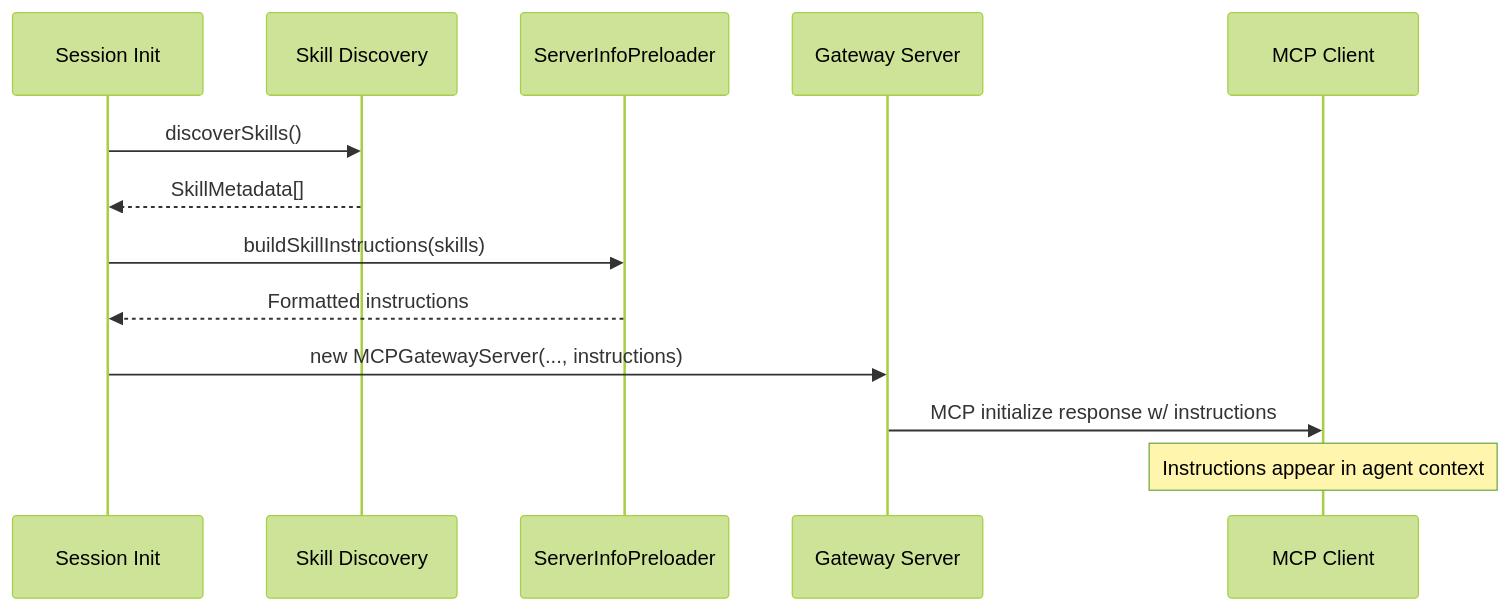
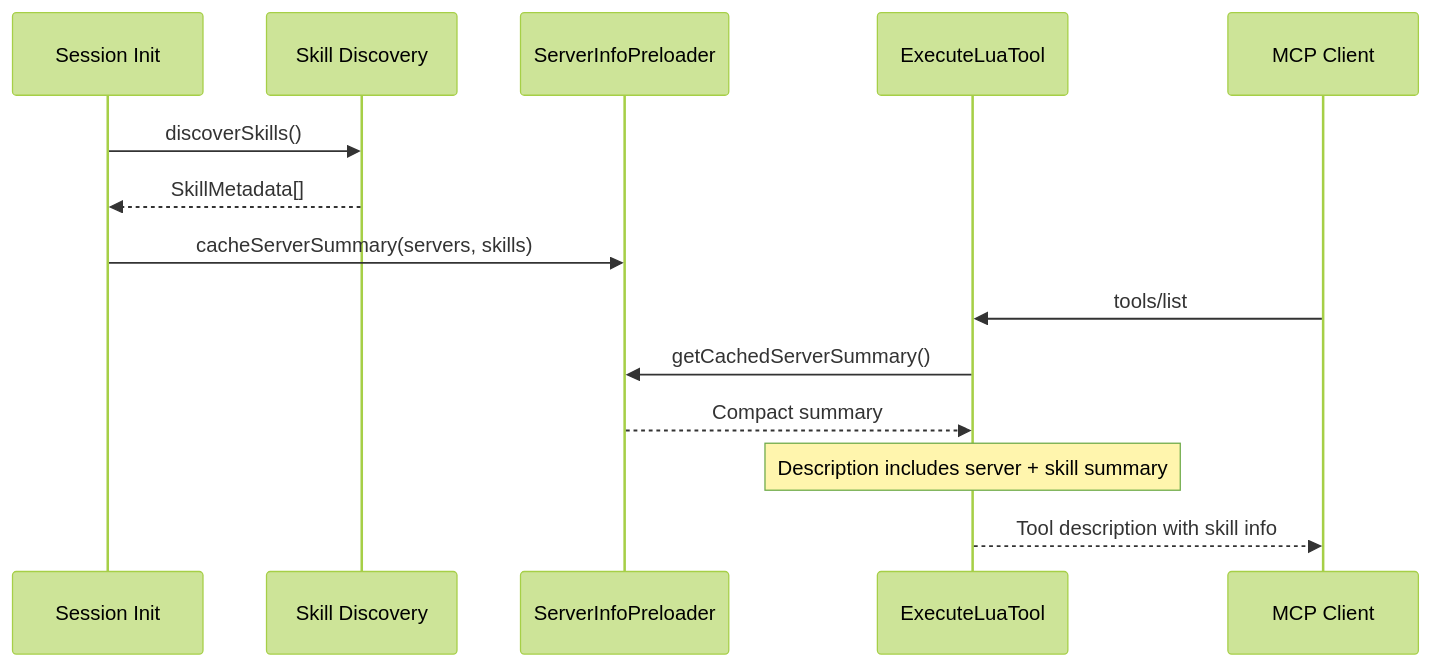
The third of 5 diagrams in docs/design/skills.md (karashiiro/my-cool-proxy), drawn with Mermaid (forest theme) before and after one commit. The commit also changed other lines of this file and 10 other files, not shown here.

First line of the commit message:
fix: move server/skill metadata from MCP instructions to execute tool description

````diff
--- a/docs/design/skills.md
+++ b/docs/design/skills.md
@@ -161,16 +161,17 @@
 ```mermaid
 sequenceDiagram
     participant Session as Session Init
     participant Discovery as Skill Discovery
     participant Preloader as ServerInfoPreloader
-    participant Gateway as Gateway Server
+    participant ExecuteTool as ExecuteLuaTool
     participant Client as MCP Client
 
     Session->>Discovery: discoverSkills()
     Discovery-->>Session: SkillMetadata[]
-    Session->>Preloader: buildSkillInstructions(skills)
-    Preloader-->>Session: Formatted instructions
-    Session->>Gateway: new MCPGatewayServer(..., instructions)
-    Gateway->>Client: MCP initialize response w/ instructions
-    Note over Client: Instructions appear in agent context
+    Session->>Preloader: cacheServerSummary(servers, skills)
+    Client->>ExecuteTool: tools/list
+    ExecuteTool->>Preloader: getCachedServerSummary()
+    Preloader-->>ExecuteTool: Compact summary
+    Note over ExecuteTool: Description includes server + skill summary
+    ExecuteTool-->>Client: Tool description with skill info
 ```
````
